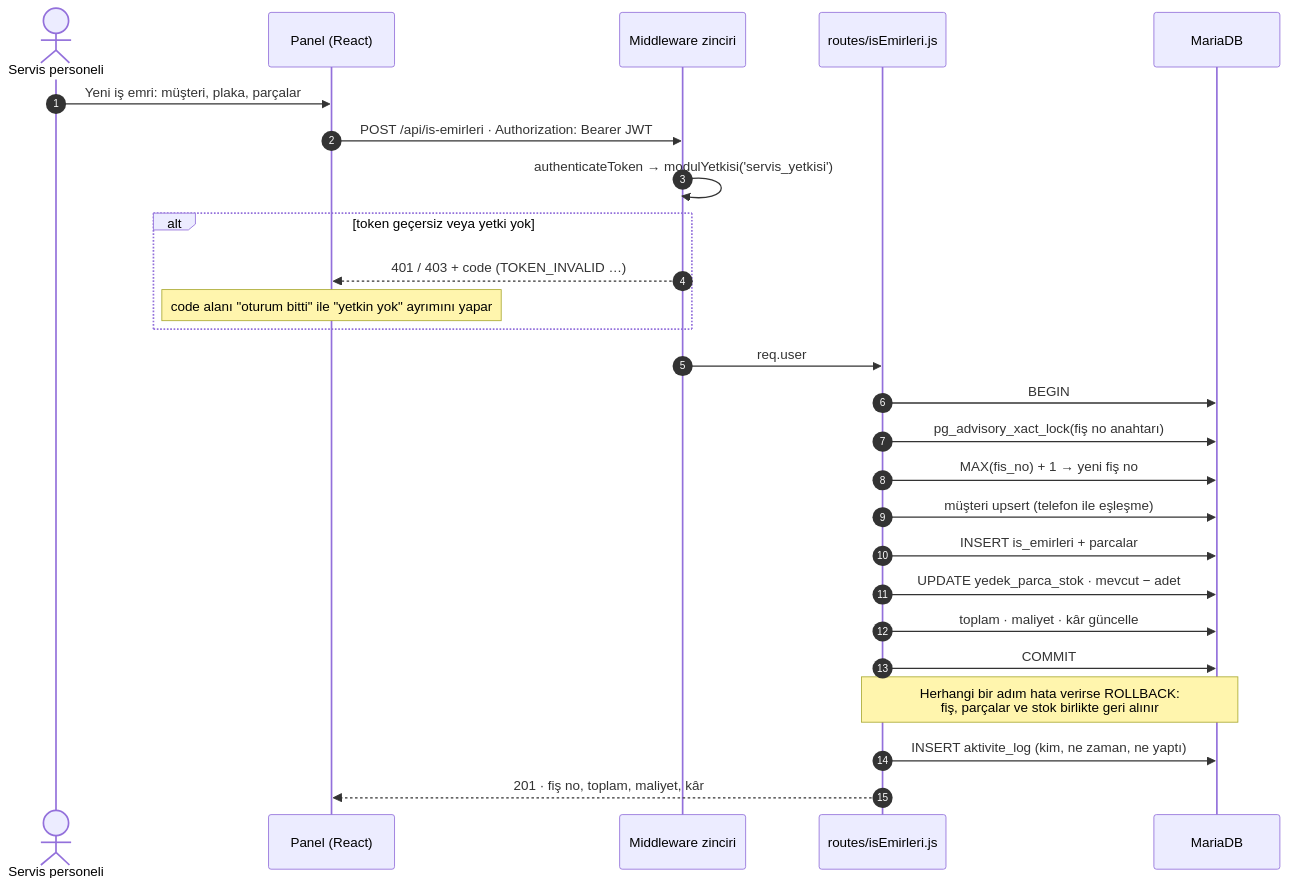
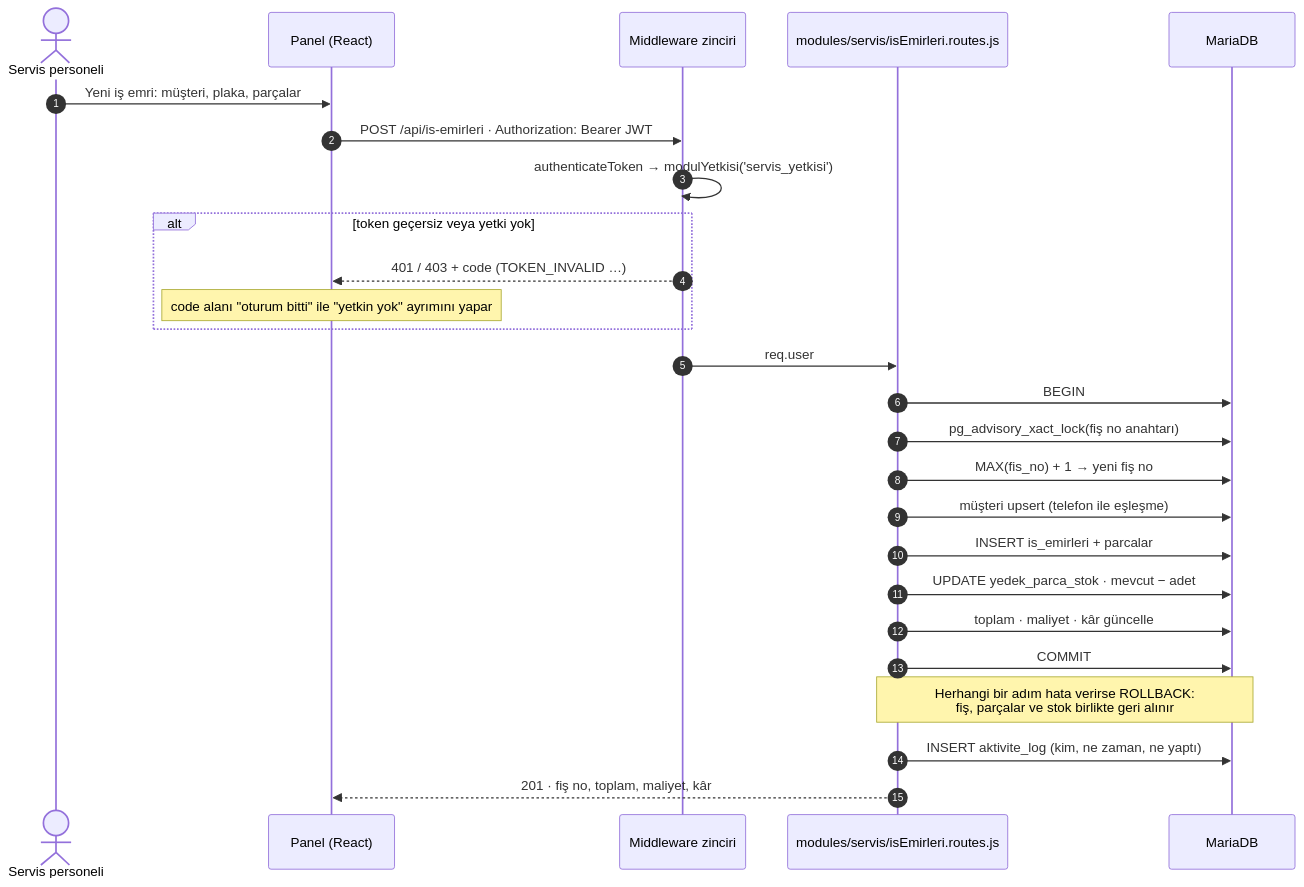
One commit to salih12s/KaynarMotor changed the second of 3 diagrams in README.md. Above: the diagram before and after it, drawn with Mermaid. The commit also changed other lines of this file and 80 other files, not shown here.

````diff
--- a/README.md
+++ b/README.md
@@ -272,29 +272,29 @@
 ```mermaid
 sequenceDiagram
     autonumber
     actor U as Servis personeli
     participant P as Panel (React)
     participant M as Middleware zinciri
-    participant R as routes/isEmirleri.js
+    participant R as modules/servis/isEmirleri.routes.js
     participant DB as MariaDB
 
     U->>P: Yeni iş emri: müşteri, plaka, parçalar
     P->>M: POST /api/is-emirleri · Authorization: Bearer JWT
     M->>M: authenticateToken → modulYetkisi('servis_yetkisi')
     alt token geçersiz veya yetki yok
         M-->>P: 401 / 403 + code (TOKEN_INVALID …)
         Note over P: code alanı "oturum bitti" ile "yetkin yok" ayrımını yapar
     end
     M->>R: req.user
     R->>DB: BEGIN
     R->>DB: pg_advisory_xact_lock(fiş no anahtarı)
     R->>DB: MAX(fis_no) + 1 → yeni fiş no
     R->>DB: müşteri upsert (telefon ile eşleşme)
     R->>DB: INSERT is_emirleri + parcalar
     R->>DB: UPDATE yedek_parca_stok · mevcut − adet
     R->>DB: toplam · maliyet · kâr güncelle
     R->>DB: COMMIT
     Note over R,DB: Herhangi bir adım hata verirse ROLLBACK:<br/>fiş, parçalar ve stok birlikte geri alınır
     R->>DB: INSERT aktivite_log (kim, ne zaman, ne yaptı)
     R-->>P: 201 · fiş no, toplam, maliyet, kâr
 ```
````
